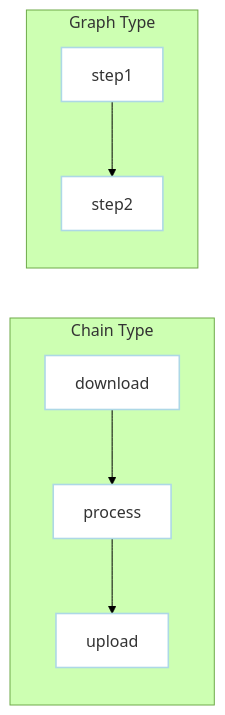
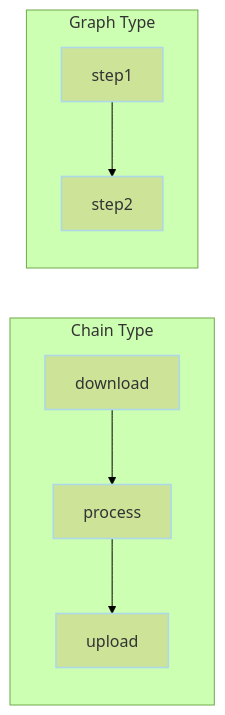
One commit to dagu-org/dagu changed the fourth of 8 diagrams in docs-next/writing-workflows/examples/index.md. Above: the diagram before and after it, drawn with Mermaid (forest theme). The commit also changed other lines of this file and 8 other files, not shown here.

````diff
--- a/docs-next/writing-workflows/examples/index.md
+++ b/docs-next/writing-workflows/examples/index.md
@@ -135,16 +134,16 @@
 ```mermaid
 graph LR
     subgraph Chain[Chain Type]
         A1[download] --> A2[process] --> A3[upload]
     end
     
     subgraph Graph[Graph Type]
         B1[step1] --> B2[step2]
     end
     
-    style A1 fill:white,stroke:lightblue,stroke-width:1.6px,color:#333
-    style A2 fill:white,stroke:lightblue,stroke-width:1.6px,color:#333
-    style A3 fill:white,stroke:lightblue,stroke-width:1.6px,color:#333
-    style B1 fill:white,stroke:lightblue,stroke-width:1.6px,color:#333
-    style B2 fill:white,stroke:lightblue,stroke-width:1.6px,color:#333
+    style A1 stroke:lightblue,stroke-width:1.6px,color:#333
+    style A2 stroke:lightblue,stroke-width:1.6px,color:#333
+    style A3 stroke:lightblue,stroke-width:1.6px,color:#333
+    style B1 stroke:lightblue,stroke-width:1.6px,color:#333
+    style B2 stroke:lightblue,stroke-width:1.6px,color:#333
 ```
````
